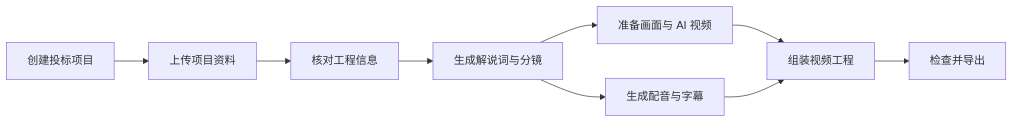
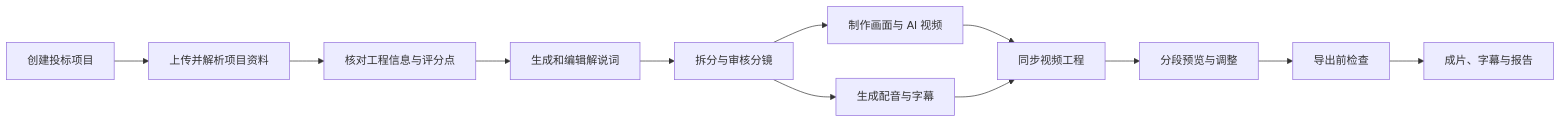
One commit to Zicaibucai/fastvideo changed the diagram in README.md. Above: the diagram before and after it, drawn with Mermaid. The commit also changed other lines of this file, not shown here.

````diff
--- a/README.md
+++ b/README.md
@@ -46,11 +187,14 @@
 ```mermaid
 flowchart LR
-    A[创建投标项目] --> B[上传项目资料]
-    B --> C[核对工程信息]
-    C --> D[生成解说词与分镜]
-    D --> E[准备画面与 AI 视频]
-    D --> F[生成配音与字幕]
-    E --> G[组装视频工程]
-    F --> G
-    G --> H[检查并导出]
+    A[创建投标项目] --> B[上传并解析项目资料]
+    B --> C[核对工程信息与评分点]
+    C --> D[生成和编辑解说词]
+    D --> E[拆分与审核分镜]
+    E --> F[制作画面与 AI 视频]
+    E --> G[生成配音与字幕]
+    F --> H[同步视频工程]
+    G --> H
+    H --> I[分段预览与调整]
+    I --> J[导出前检查]
+    J --> K[成片、字幕与报告]
 ```
````
